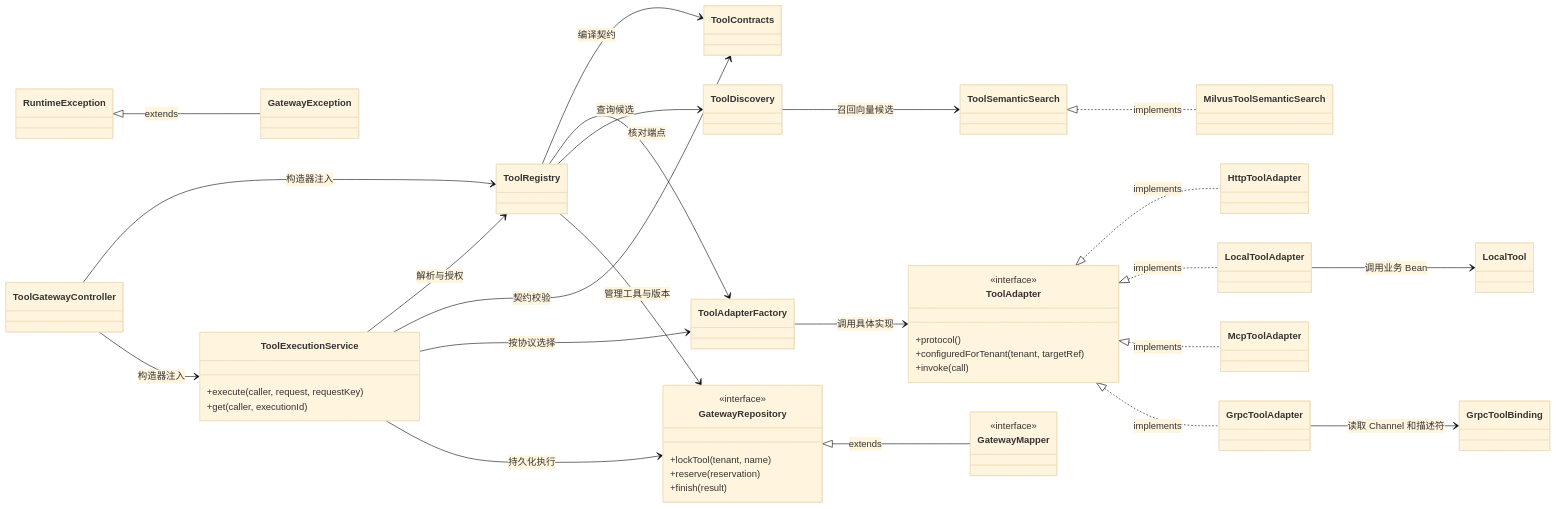
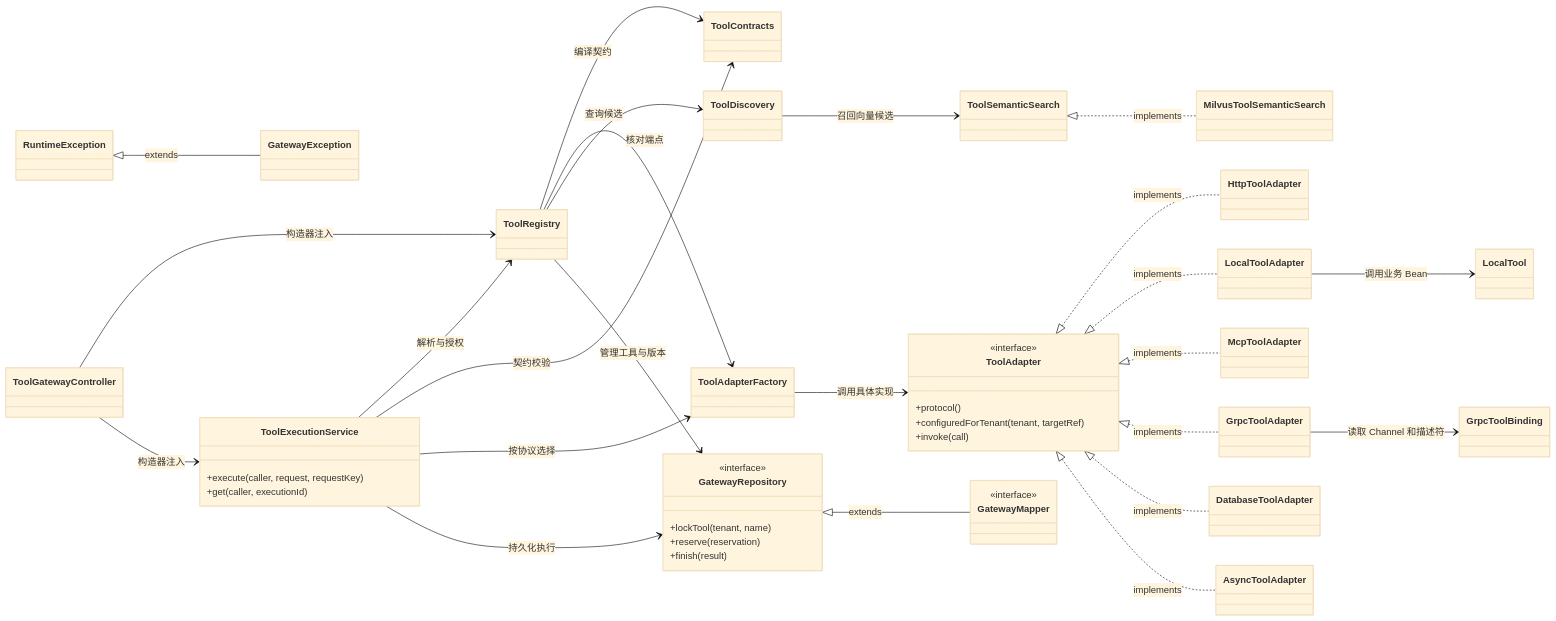
Before and after one commit to 1625753348/mySuperClaw: the second of 3 diagrams in docs/implementation/tool-gateway.md, drawn with Mermaid (base theme). The commit also changed other lines of this file and 35 other files, not shown here.

````diff
--- a/docs/implementation/tool-gateway.md
+++ b/docs/implementation/tool-gateway.md
@@ -29,44 +31,46 @@
 ```mermaid
 classDiagram
     direction LR
     class ToolAdapter {
         <<interface>>
         +protocol()
         +configuredForTenant(tenant, targetRef)
         +invoke(call)
     }
     class GatewayRepository {
         <<interface>>
         +lockTool(tenant, name)
         +reserve(reservation)
         +finish(result)
     }
     class GatewayMapper {
         <<interface>>
     }
     class ToolExecutionService {
         +execute(caller, request, requestKey)
         +get(caller, executionId)
     }
     ToolAdapter <|.. HttpToolAdapter : implements
     ToolAdapter <|.. LocalToolAdapter : implements
     ToolAdapter <|.. McpToolAdapter : implements
     ToolAdapter <|.. GrpcToolAdapter : implements
+    ToolAdapter <|.. DatabaseToolAdapter : implements
+    ToolAdapter <|.. AsyncToolAdapter : implements
     ToolSemanticSearch <|.. MilvusToolSemanticSearch : implements
     LocalToolAdapter --> LocalTool : 调用业务 Bean
     GrpcToolAdapter --> GrpcToolBinding : 读取 Channel 和描述符
     GatewayRepository <|-- GatewayMapper : extends
     RuntimeException <|-- GatewayException : extends
     ToolGatewayController --> ToolRegistry : 构造器注入
     ToolGatewayController --> ToolExecutionService : 构造器注入
     ToolExecutionService --> ToolRegistry : 解析与授权
     ToolExecutionService --> ToolContracts : 契约校验
     ToolExecutionService --> ToolAdapterFactory : 按协议选择
     ToolAdapterFactory --> ToolAdapter : 调用具体实现
     ToolExecutionService --> GatewayRepository : 持久化执行
     ToolRegistry --> ToolContracts : 编译契约
     ToolRegistry --> ToolAdapterFactory : 核对端点
     ToolRegistry --> ToolDiscovery : 查询候选
     ToolDiscovery --> ToolSemanticSearch : 召回向量候选
     ToolRegistry --> GatewayRepository : 管理工具与版本
 ```
````
